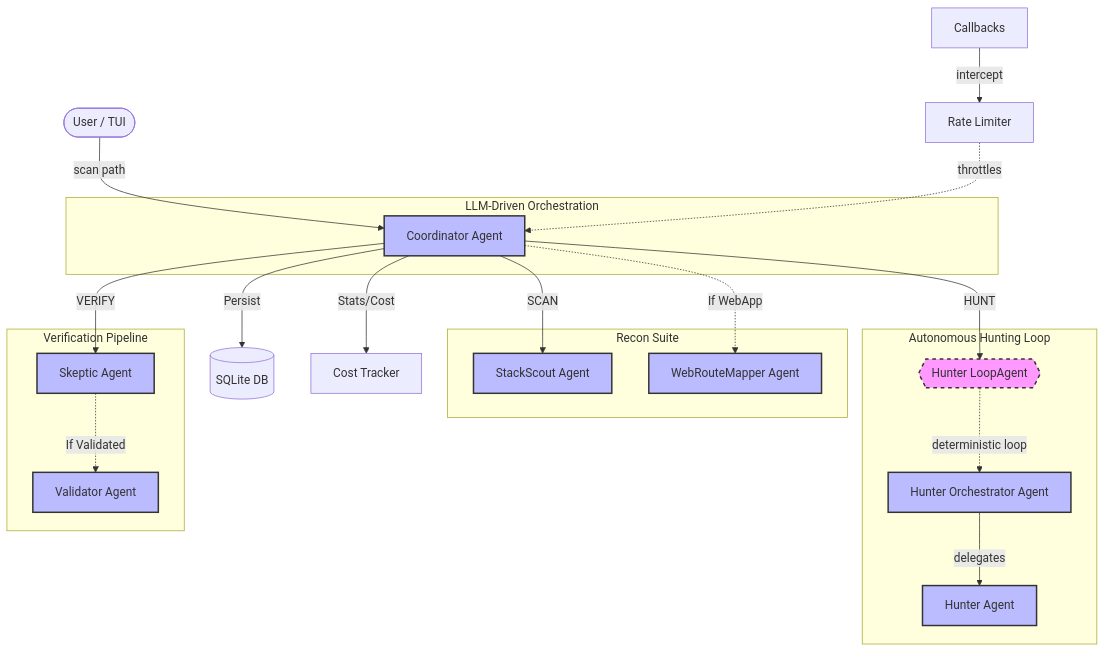
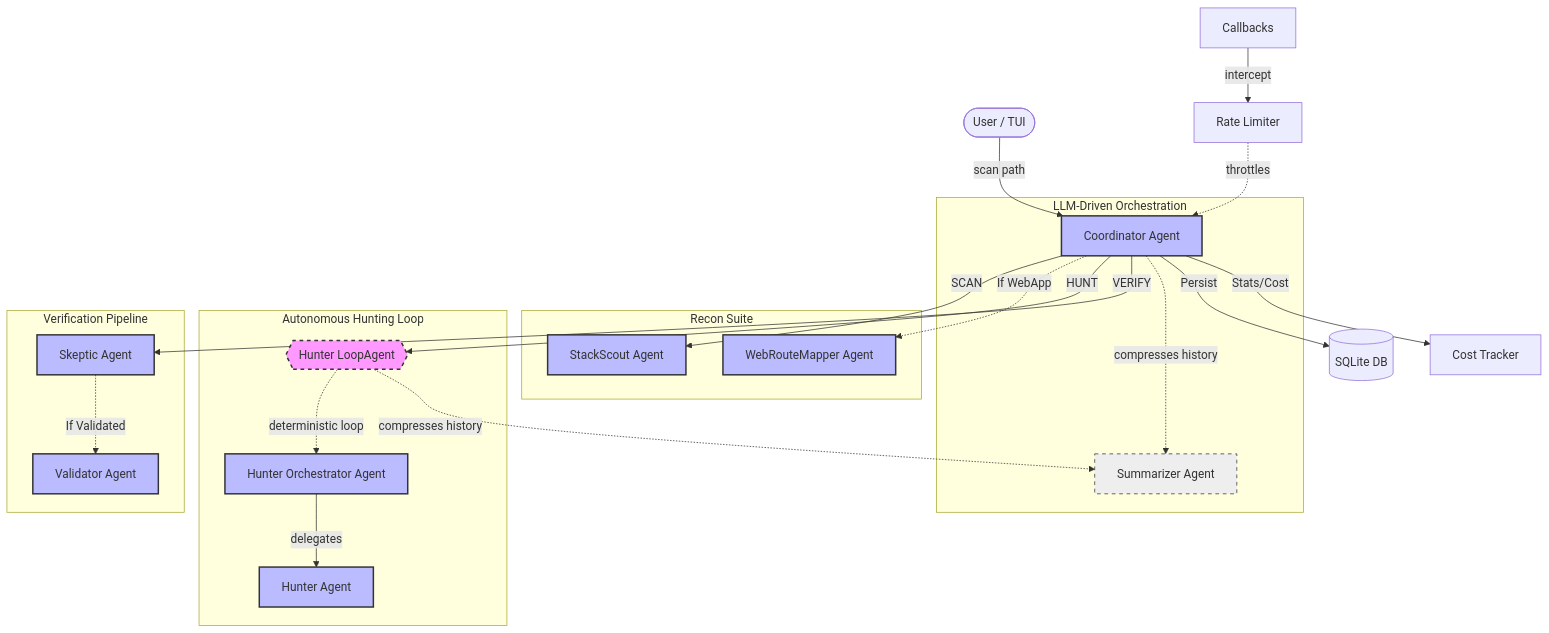
One commit to Matir/hacks changed the diagram in AI/trashdig/README.md. Above: the diagram before and after it, drawn with Mermaid. The commit also changed other lines of this file and 21 other files, not shown here.

````diff
--- a/AI/trashdig/README.md
+++ b/AI/trashdig/README.md
@@ -39,55 +42,61 @@
 ```mermaid
 flowchart TD
     User([User / TUI]) -->|scan path| C
     
     subgraph Core [LLM-Driven Orchestration]
         C[Coordinator Agent]
+        SM[Summarizer Agent]
     end
 
     subgraph Recon [Recon Suite]
         SS[StackScout Agent]
         WRM[WebRouteMapper Agent]
     end
 
     subgraph Hunt [Autonomous Hunting Loop]
         HL{{Hunter LoopAgent}}
         HO[Hunter Orchestrator Agent]
         H[Hunter Agent]
         
         HL -.->|deterministic loop| HO
         HO -->|delegates| H
     end
 
     subgraph Verify [Verification Pipeline]
         S[Skeptic Agent]
         V[Validator Agent]
     end
 
     %% Relationships
     C -->|SCAN| SS
     C -.->|If WebApp| WRM
     C -->|HUNT| HL
     C -->|VERIFY| S
     S -.->|If Validated| V
 
+    %% Context Compaction
+    C -.->|compresses history| SM
+    HL -.->|compresses history| SM
+
     %% Infrastructure & Persistence
     C -->|Persist| DB[(SQLite DB)]
     C -->|Stats/Cost| CT[Cost Tracker]
     cb[Callbacks] -->|intercept| RL[Rate Limiter]
     RL -.->|throttles| C
     
     %% Legend/Formatting
     style HL fill:#f9f,stroke:#333,stroke-width:2px
     style C fill:#bbf,stroke:#333,stroke-width:2px
     style SS fill:#bbf,stroke:#333,stroke-width:2px
     style WRM fill:#bbf,stroke:#333,stroke-width:2px
     style HO fill:#bbf,stroke:#333,stroke-width:2px
     style H fill:#bbf,stroke:#333,stroke-width:2px
     style S fill:#bbf,stroke:#333,stroke-width:2px
     style V fill:#bbf,stroke:#333,stroke-width:2px
+    style SM fill:#eee,stroke:#333,stroke-dasharray: 5 5
 
     classDef llm fill:#bbf,stroke:#333,stroke-width:2px;
     classDef loop fill:#f9f,stroke:#333,stroke-dasharray: 5 5;
     class HL loop;
     class C,SS,WRM,HO,H,S,V llm;
 ```
````
